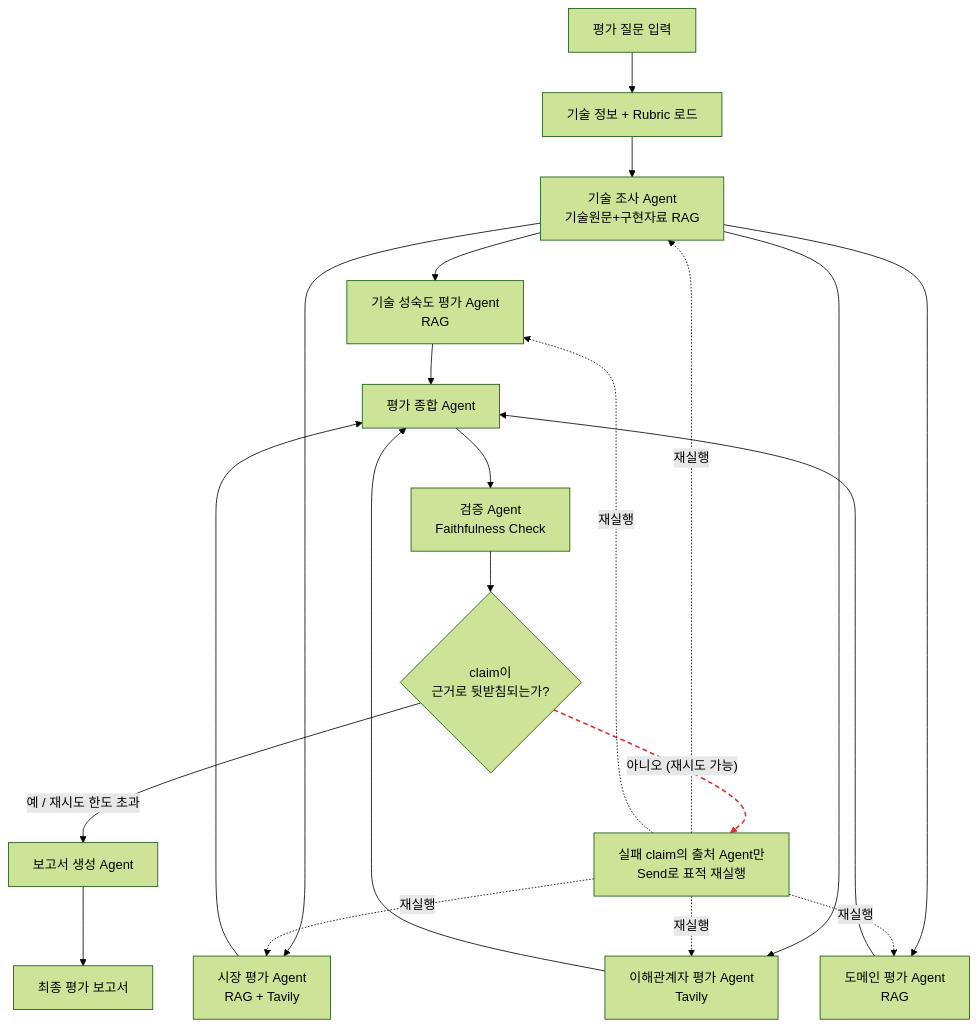
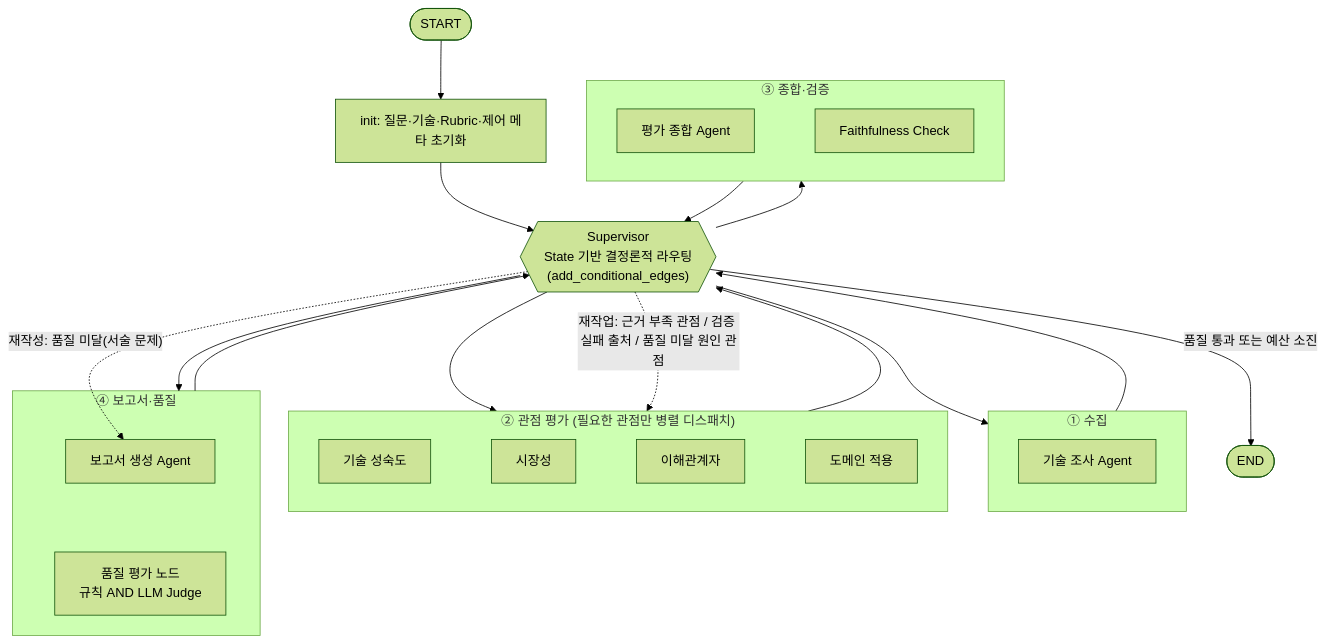
The diagram in README.md (SKALA-SAJO/kv_cache_rag_multi_agent), drawn with Mermaid (forest theme) before and after one commit. The commit also changed other lines of this file and 27 other files, not shown here.

First line of the commit message:
feat: Supervisor 패턴으로 Agent 워크플로우 재구성

````diff
--- a/README.md
+++ b/README.md
@@ -87,28 +122,25 @@
 ```mermaid
-flowchart TD
-    A[평가 질문 입력] --> B[기술 정보 + Rubric 로드]
-    B --> C[기술 조사 Agent<br/>기술원문+구현자료 RAG]
+flowchart TB
+    S([START]) --> I[init: 질문·기술·Rubric·제어 메타 초기화]
+    I --> SV{{"Supervisor<br/>State 기반 결정론적 라우팅<br/>(add_conditional_edges)"}}
 
-    C --> E[기술 성숙도 평가 Agent<br/>RAG]
-    C --> F[시장 평가 Agent<br/>RAG + Tavily]
-    C --> G[이해관계자 평가 Agent<br/>Tavily]
-    C --> H[도메인 평가 Agent<br/>RAG]
+    subgraph G1["① 수집"]
+        T[기술 조사 Agent]
+    end
+    subgraph G2["② 관점 평가 (필요한 관점만 병렬 디스패치)"]
+        P1[기술 성숙도] ~~~ P2[시장성] ~~~ P3[이해관계자] ~~~ P4[도메인 적용]
+    end
+    subgraph G3["③ 종합·검증"]
+        SY[평가 종합 Agent] ~~~ F[Faithfulness Check]
+    end
+    subgraph G4["④ 보고서·품질"]
+        R[보고서 생성 Agent] ~~~ Q[품질 평가 노드<br/>규칙 AND LLM Judge]
+    end
 
-    E --> I[평가 종합 Agent]
-    F --> I
-    G --> I
-    H --> I
+    SV --> G1 & G2 & G3 & G4
+    G1 & G2 & G3 & G4 --> SV
+    SV -->|"품질 통과 또는 예산 소진"| E([END])
 
-    I --> V[검증 Agent<br/>Faithfulness Check]
-    V --> J{claim이<br/>근거로 뒷받침되는가?}
-    J -- 예 / 재시도 한도 초과 --> K[보고서 생성 Agent]
-    J -- 아니오 (재시도 가능) --> R[실패 claim의 출처 Agent만<br/>Send로 표적 재실행]
-    R -.재실행.-> C
-    R -.재실행.-> E
-    R -.재실행.-> F
-    R -.재실행.-> G
-    R -.재실행.-> H
-    K --> L[최종 평가 보고서]
-
-    linkStyle 13 stroke:#d33,stroke-width:2px,stroke-dasharray: 6 4
+    SV -.->|"재작업: 근거 부족 관점 / 검증 실패 출처 / 품질 미달 원인 관점"| G2
+    SV -.->|"재작성: 품질 미달(서술 문제)"| R
 ```
````
